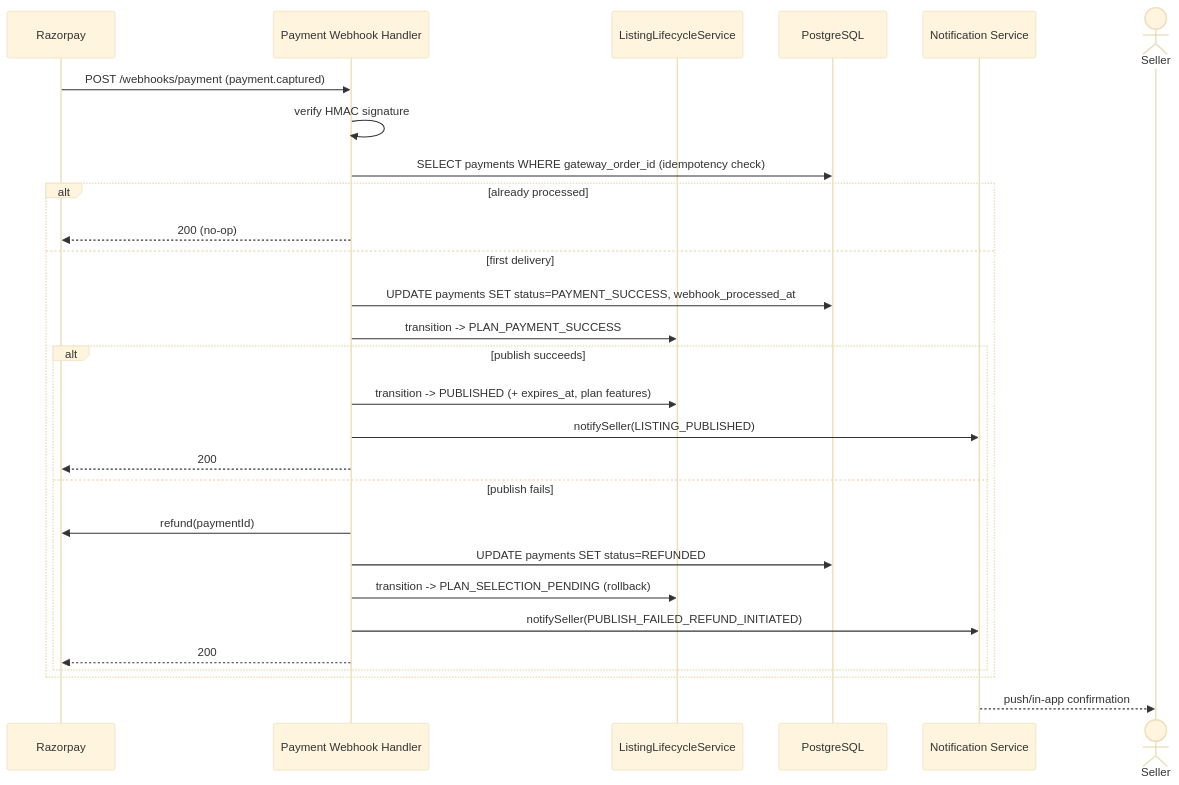
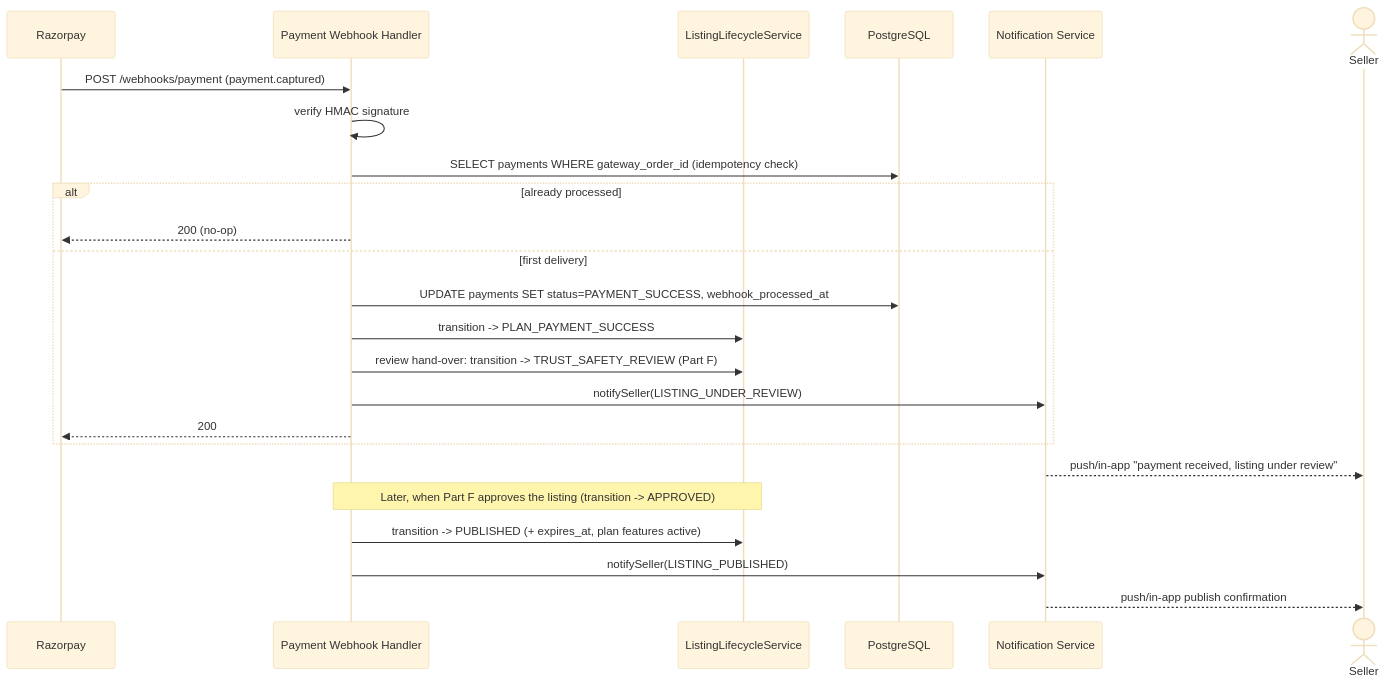
Diagram 12 of 13 in LLD/Sprint-2-Seller Listing Creation-LLD.md (VSPL-New/Documents), drawn with Mermaid (base theme) before and after one commit. The commit also changed other lines of this file and 13 other files, not shown here.

````diff
--- a/LLD/Sprint-2-Seller Listing Creation-LLD.md
+++ b/LLD/Sprint-2-Seller Listing Creation-LLD.md
@@ -2461,31 +2495,27 @@
 ```mermaid
 sequenceDiagram
     participant Razorpay
     participant Backend as Payment Webhook Handler
     participant Lifecycle as ListingLifecycleService
     participant DB as PostgreSQL
     participant Notify as Notification Service
     actor Seller
 
     Razorpay->>Backend: POST /webhooks/payment (payment.captured)
     Backend->>Backend: verify HMAC signature
     Backend->>DB: SELECT payments WHERE gateway_order_id (idempotency check)
     alt already processed
         Backend-->>Razorpay: 200 (no-op)
     else first delivery
         Backend->>DB: UPDATE payments SET status=PAYMENT_SUCCESS, webhook_processed_at
         Backend->>Lifecycle: transition -> PLAN_PAYMENT_SUCCESS
-        alt publish succeeds
-            Backend->>Lifecycle: transition -> PUBLISHED (+ expires_at, plan features)
-            Backend->>Notify: notifySeller(LISTING_PUBLISHED)
-            Backend-->>Razorpay: 200
-        else publish fails
-            Backend->>Razorpay: refund(paymentId)
-            Backend->>DB: UPDATE payments SET status=REFUNDED
-            Backend->>Lifecycle: transition -> PLAN_SELECTION_PENDING (rollback)
-            Backend->>Notify: notifySeller(PUBLISH_FAILED_REFUND_INITIATED)
-            Backend-->>Razorpay: 200
-        end
+        Backend->>Lifecycle: review hand-over: transition -> TRUST_SAFETY_REVIEW (Part F)
+        Backend->>Notify: notifySeller(LISTING_UNDER_REVIEW)
+        Backend-->>Razorpay: 200
     end
-    Notify-->>Seller: push/in-app confirmation
+    Notify-->>Seller: push/in-app "payment received, listing under review"
+    Note over Backend,Lifecycle: Later, when Part F approves the listing (transition -> APPROVED)
+    Backend->>Lifecycle: transition -> PUBLISHED (+ expires_at, plan features active)
+    Backend->>Notify: notifySeller(LISTING_PUBLISHED)
+    Notify-->>Seller: push/in-app publish confirmation
 ```
````
